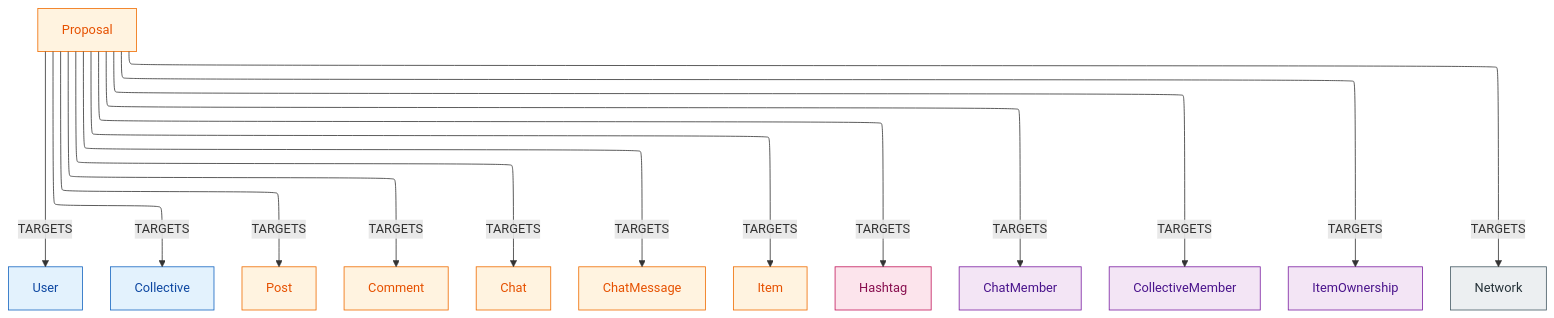
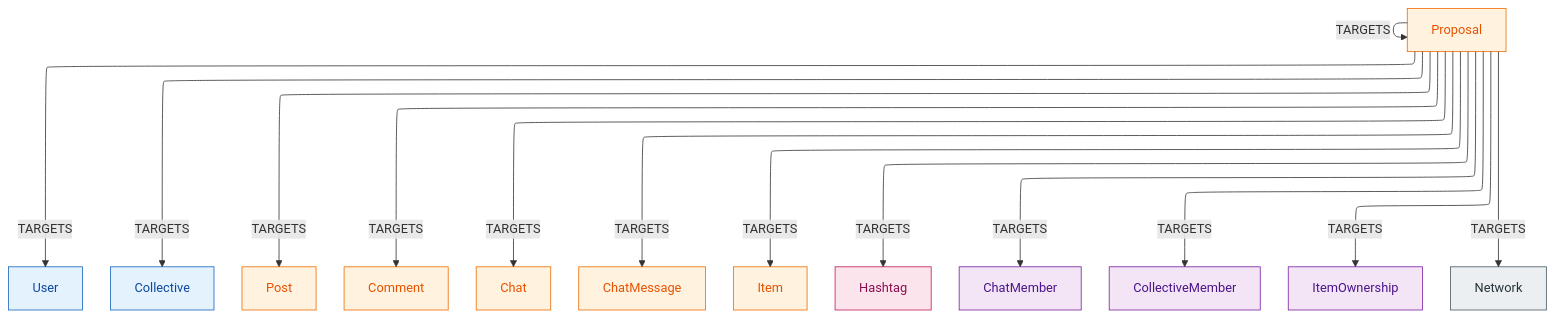
One commit to helping-kaiser/cogra changed the fourth of 7 diagrams in docs/primitive/structural-edge-map.md. Above: the diagram before and after it, drawn with Mermaid. The commit also changed other lines of this file and 6 other files, not shown here.

````diff
--- a/docs/primitive/structural-edge-map.md
+++ b/docs/primitive/structural-edge-map.md
@@ -249,37 +254,38 @@
 ```mermaid
 %%{init: {"flowchart": {"defaultRenderer": "elk"}} }%%
 flowchart TD
     Proposal[Proposal]:::content
 
     User[User]:::actor
     Collective[Collective]:::actor
     Post[Post]:::content
     Comment[Comment]:::content
     Chat[Chat]:::content
     ChatMessage[ChatMessage]:::content
     Item[Item]:::content
     Hashtag[Hashtag]:::topic
     ChatMember[ChatMember]:::junction
     CollectiveMember[CollectiveMember]:::junction
     ItemOwnership[ItemOwnership]:::junction
     Network[Network]:::system
 
     Proposal -->|TARGETS| User
     Proposal -->|TARGETS| Collective
     Proposal -->|TARGETS| Post
     Proposal -->|TARGETS| Comment
     Proposal -->|TARGETS| Chat
     Proposal -->|TARGETS| ChatMessage
     Proposal -->|TARGETS| Item
     Proposal -->|TARGETS| Hashtag
     Proposal -->|TARGETS| ChatMember
     Proposal -->|TARGETS| CollectiveMember
     Proposal -->|TARGETS| ItemOwnership
     Proposal -->|TARGETS| Network
+    Proposal -->|TARGETS| Proposal
 
     classDef actor    fill:#e3f2fd,stroke:#1565c0,color:#0d47a1;
     classDef content  fill:#fff3e0,stroke:#ef6c00,color:#e65100;
     classDef junction fill:#f3e5f5,stroke:#7b1fa2,color:#4a148c;
     classDef system   fill:#eceff1,stroke:#455a64,color:#263238;
     classDef topic    fill:#fce4ec,stroke:#c2185b,color:#880e4f;
 ```
````
